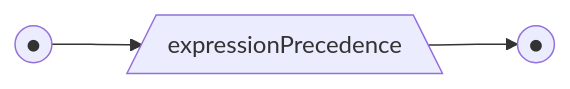
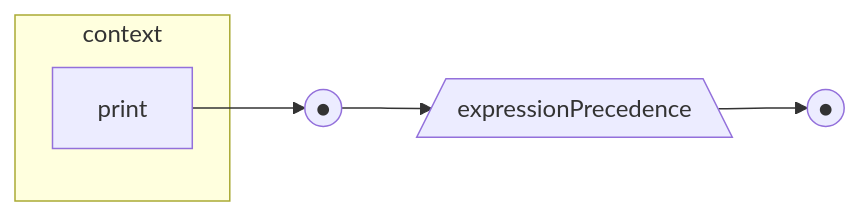
Diagram 54 of 59 in docs/railroad.md (billhails/CEKF), drawn with Mermaid before and after one commit. The commit also changed other lines of this file and 4 other files, not shown here.

````diff
--- a/docs/railroad.md
+++ b/docs/railroad.md
@@ -778,6 +833,9 @@
 ```mermaid
 flowchart LR
 s(("●"))
 e(("●"))
-s --> ep[/expressionPrecedence\] --> e
+subgraph context
+print
+end
+print --> s --> ep[/expressionPrecedence\] --> e
 ```
````
